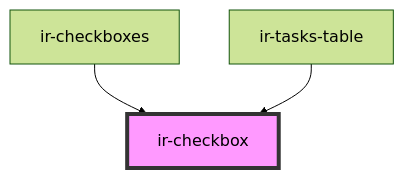
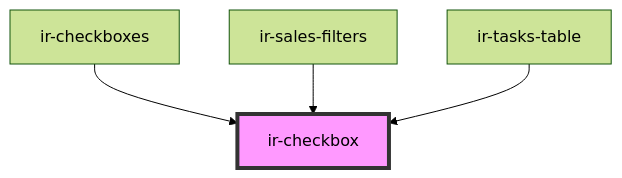
Before and after one commit to David1Chowaifaty/modified-ir-webcmp: the diagram in src/components/ui/ir-checkbox/readme.md, drawn with Mermaid (forest theme). The commit also changed other lines of this file and 46 other files, not shown here.

````diff
--- a/src/components/ui/ir-checkbox/readme.md
+++ b/src/components/ui/ir-checkbox/readme.md
@@ -35,6 +36,7 @@
 ```mermaid
 graph TD;
   ir-checkboxes --> ir-checkbox
+  ir-sales-filters --> ir-checkbox
   ir-tasks-table --> ir-checkbox
   style ir-checkbox fill:#f9f,stroke:#333,stroke-width:4px
 ```
````
